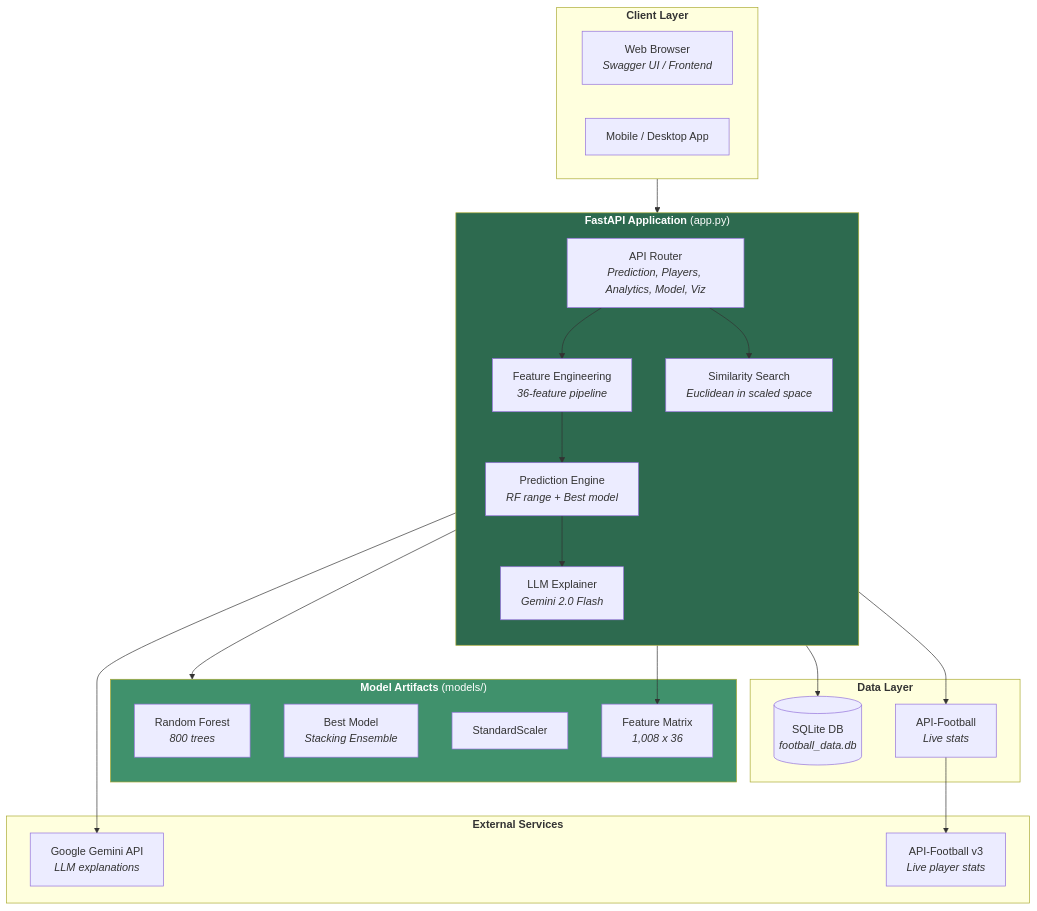
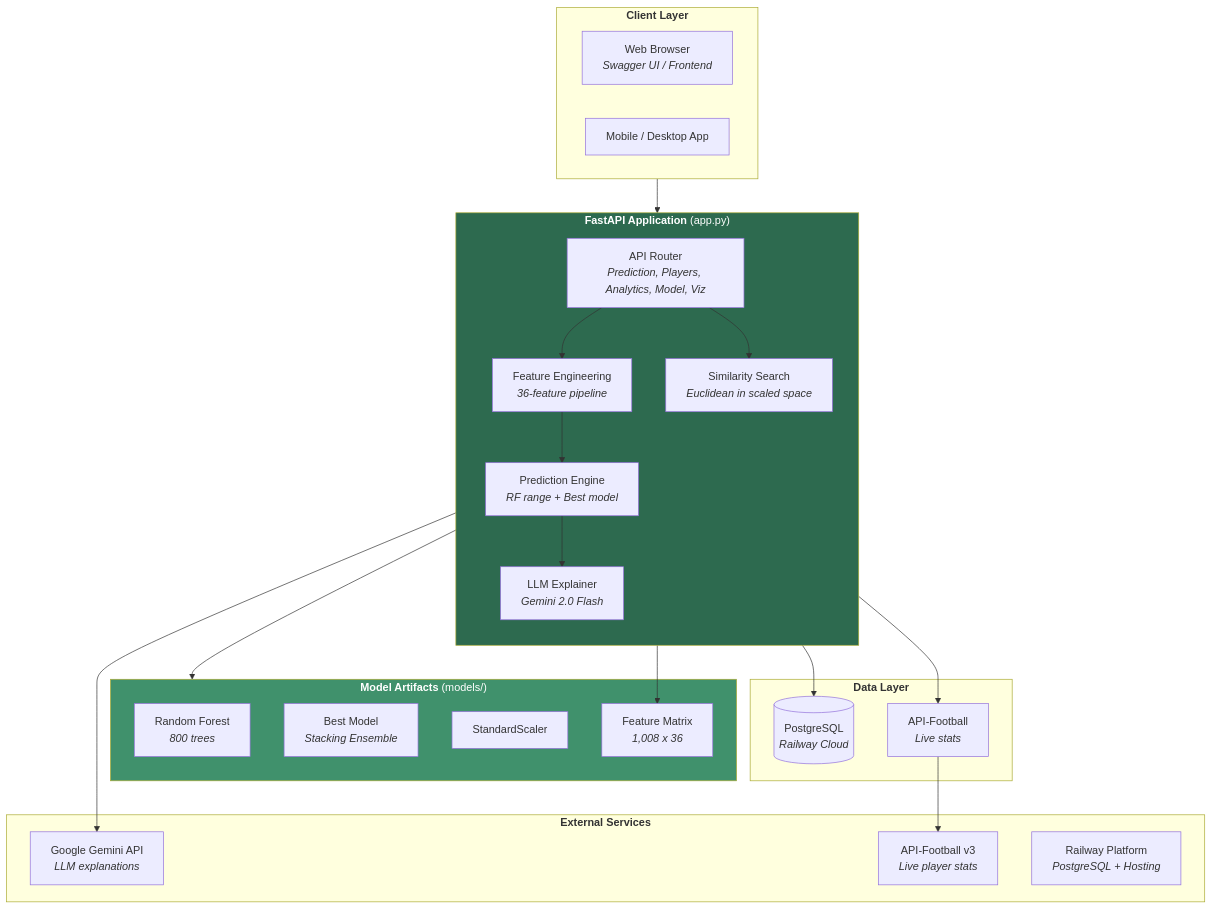
Before and after one commit to NagaseKoken/Senior-API-AI: diagram 11 of 14 in README.md, drawn with Mermaid. The commit also changed other lines of this file and 6 other files, not shown here.

Commit message:
Update database configuration to use PostgreSQL and remove SQLite files

````diff
--- a/README.md
+++ b/README.md
@@ -537,47 +537,48 @@
 ```mermaid
 flowchart TB
     subgraph Client["<b>Client Layer</b>"]
         Web["Web Browser<br/><i>Swagger UI / Frontend</i>"]
         App["Mobile / Desktop App"]
     end
 
     subgraph API["<b>FastAPI Application</b> (app.py)"]
         direction TB
         Router["API Router<br/><i>Prediction, Players, Analytics, Model, Viz</i>"]
         FeatEng["Feature Engineering<br/><i>36-feature pipeline</i>"]
         Predictor["Prediction Engine<br/><i>RF range + Best model</i>"]
         Similarity["Similarity Search<br/><i>Euclidean in scaled space</i>"]
         Explainer["LLM Explainer<br/><i>Gemini 2.0 Flash</i>"]
     end
 
     subgraph Models["<b>Model Artifacts</b> (models/)"]
         RF["Random Forest<br/><i>800 trees</i>"]
         Best["Best Model<br/><i>Stacking Ensemble</i>"]
         Scaler["StandardScaler"]
         FeatMatrix["Feature Matrix<br/><i>1,008 x 36</i>"]
     end
 
     subgraph Data["<b>Data Layer</b>"]
-        DB[("SQLite DB<br/><i>football_data.db</i>")]
+        DB[("PostgreSQL<br/><i>Railway Cloud</i>")]
         ExtAPI["API-Football<br/><i>Live stats</i>"]
     end
 
     subgraph External["<b>External Services</b>"]
         Gemini["Google Gemini API<br/><i>LLM explanations</i>"]
         APIFootball["API-Football v3<br/><i>Live player stats</i>"]
+        Railway["Railway Platform<br/><i>PostgreSQL + Hosting</i>"]
     end
 
     Client --> API
     Router --> FeatEng --> Predictor
     Router --> Similarity
     Predictor --> Explainer
     Predictor --> Models
     Similarity --> FeatMatrix
     FeatEng --> DB
     Router --> ExtAPI
     ExtAPI --> APIFootball
     Explainer --> Gemini
 
     style API fill:#2d6a4f,color:#fff
     style Models fill:#40916c,color:#fff
 ```
````
